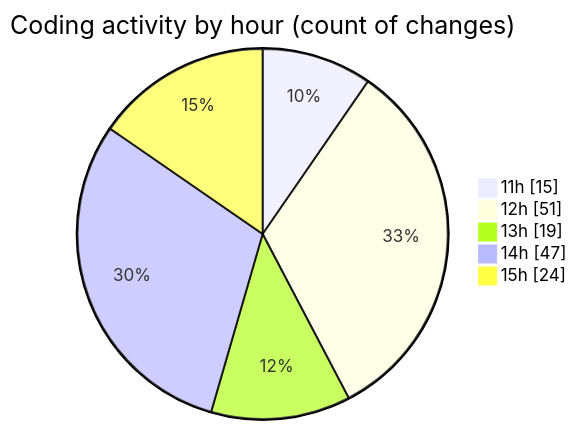
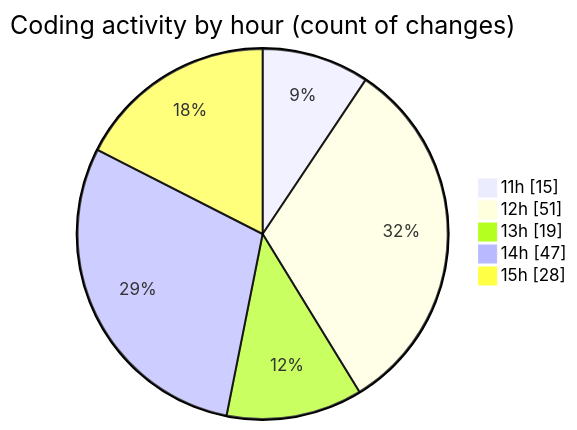
The second of 2 diagrams in 2025-04-15/nxtqube_webapp/README.md (nxtqubesakshisongat/code-tracking), drawn with Mermaid before and after one commit. The commit also changed other lines of this file and 1 other file, not shown here.

````diff
--- a/2025-04-15/nxtqube_webapp/README.md
+++ b/2025-04-15/nxtqube_webapp/README.md
@@ -38,9 +39,9 @@
 ```mermaid
 pie showData
 title Coding activity by hour (count of changes)
 "11h" : 15
 "12h" : 51
 "13h" : 19
 "14h" : 47
-"15h" : 24
+"15h" : 28
 ```
````
